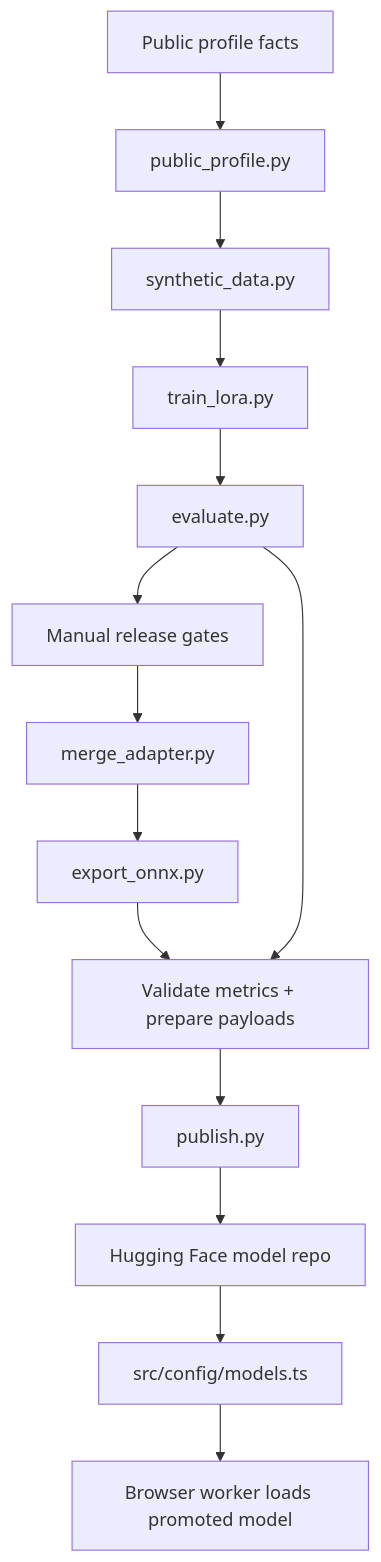
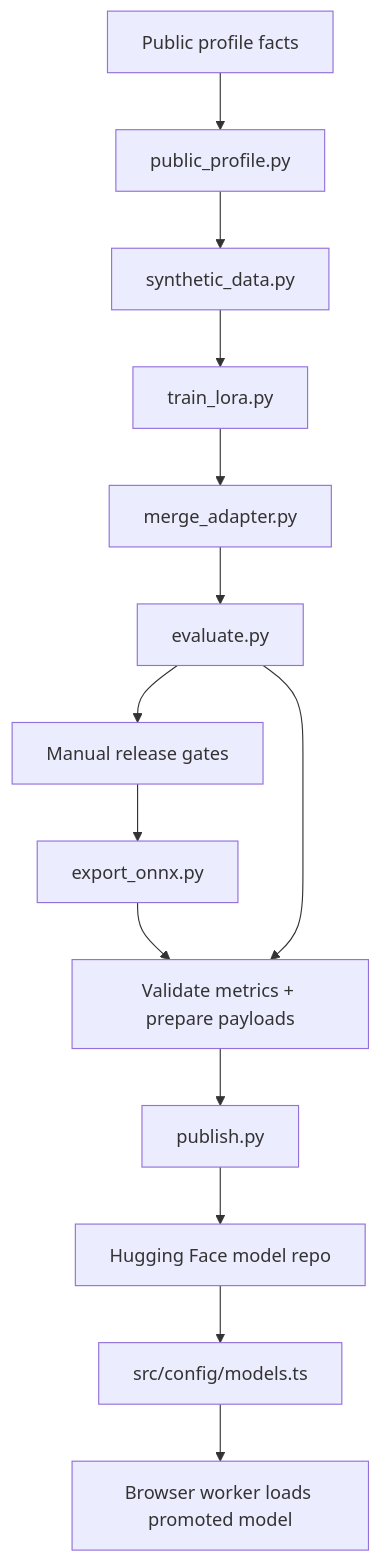
The fourth of 4 diagrams in docs/DIAGRAMS.md (justinthelaw/justinthelaw), drawn with Mermaid before and after one commit. The commit also changed other lines of this file and 6 other files, not shown here.

````diff
--- a/docs/DIAGRAMS.md
+++ b/docs/DIAGRAMS.md
@@ -100,16 +100,16 @@
 ```mermaid
 flowchart TD
   facts["Public profile facts"] --> pyProfile["public_profile.py"]
   pyProfile --> data["synthetic_data.py"]
   data --> train["train_lora.py"]
-  train --> eval["evaluate.py"]
+  train --> merge["merge_adapter.py"]
+  merge --> eval["evaluate.py"]
   eval --> manualGate["Manual release gates"]
-  manualGate --> merge["merge_adapter.py"]
-  merge --> export["export_onnx.py"]
+  manualGate --> export["export_onnx.py"]
   export --> artifacts["Validate metrics + prepare payloads"]
   eval --> artifacts
   artifacts --> publish["publish.py"]
   publish --> hfRepo["Hugging Face model repo"]
   hfRepo --> modelConfig["src/config/models.ts"]
   modelConfig --> browser["Browser worker loads promoted model"]
 ```
````
